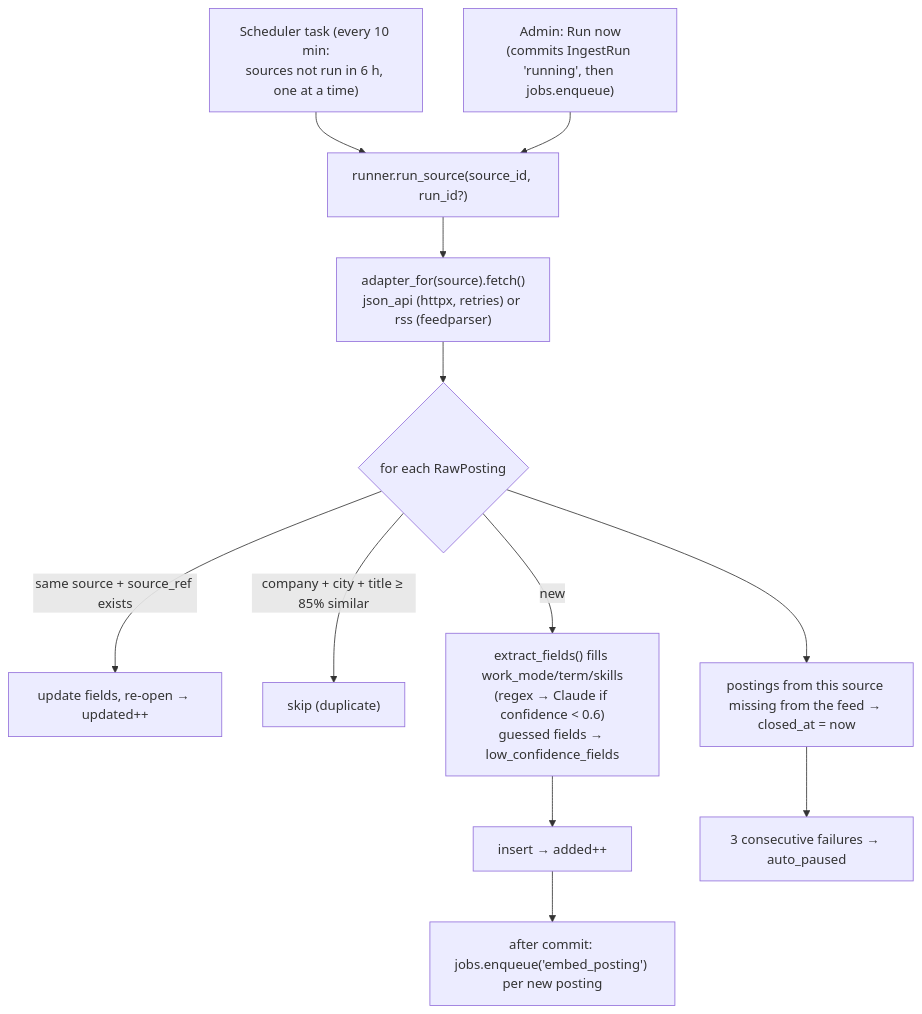
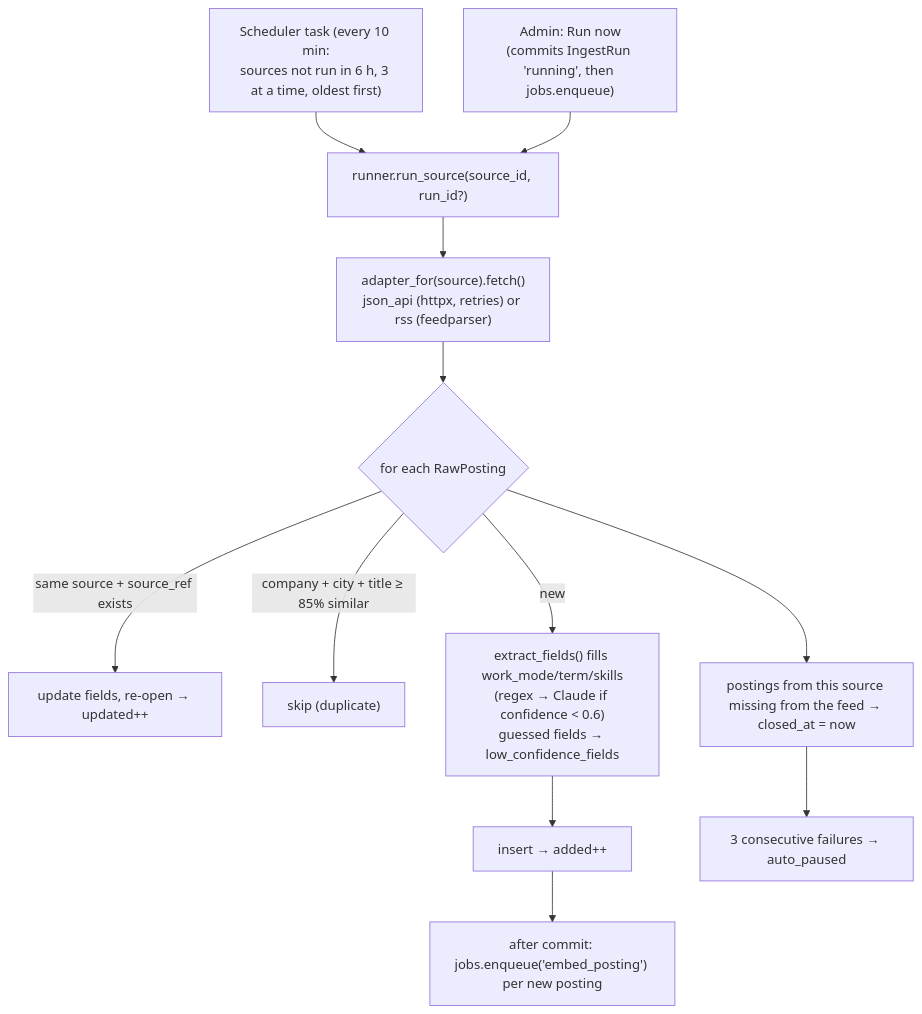
The third of 3 diagrams in docs/PROJECT_GUIDE.md (mbendari7/COOP-Radar), drawn with Mermaid before and after one commit. The commit also changed other lines of this file and 32 other files, not shown here.

````diff
--- a/docs/PROJECT_GUIDE.md
+++ b/docs/PROJECT_GUIDE.md
@@ -219,15 +219,15 @@
 ```mermaid
 flowchart TD
-    T["Scheduler task (every 10 min:<br/>sources not run in 6 h, one at a time)"] --> R
+    T["Scheduler task (every 10 min:<br/>sources not run in 6 h, 3 at a time, oldest first)"] --> R
     A["Admin: Run now<br/>(commits IngestRun 'running', then jobs.enqueue)"] --> R
     R["runner.run_source(source_id, run_id?)"]
     R --> AD["adapter_for(source).fetch()<br/>json_api (httpx, retries) or rss (feedparser)"]
     AD --> L{"for each RawPosting"}
     L -->|"same source + source_ref exists"| U["update fields, re-open → updated++"]
     L -->|"company + city + title ≥ 85% similar"| SK["skip (duplicate)"]
     L -->|new| X["extract_fields() fills work_mode/term/skills<br/>(regex → Claude if confidence < 0.6)<br/>guessed fields → low_confidence_fields"]
     X --> I["insert → added++"]
     L --> C["postings from this source missing from the feed → closed_at = now"]
     C --> F["3 consecutive failures → auto_paused"]
     I --> E["after commit: jobs.enqueue('embed_posting') per new posting"]
 ```
````
